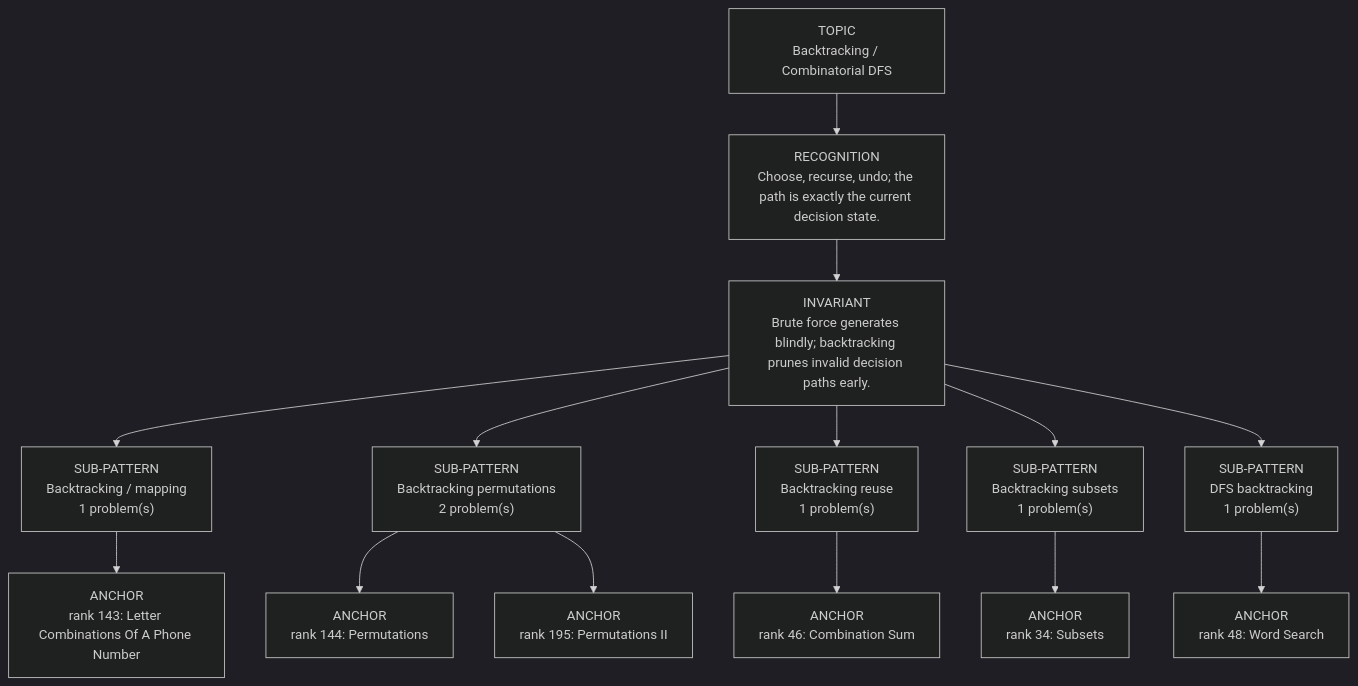
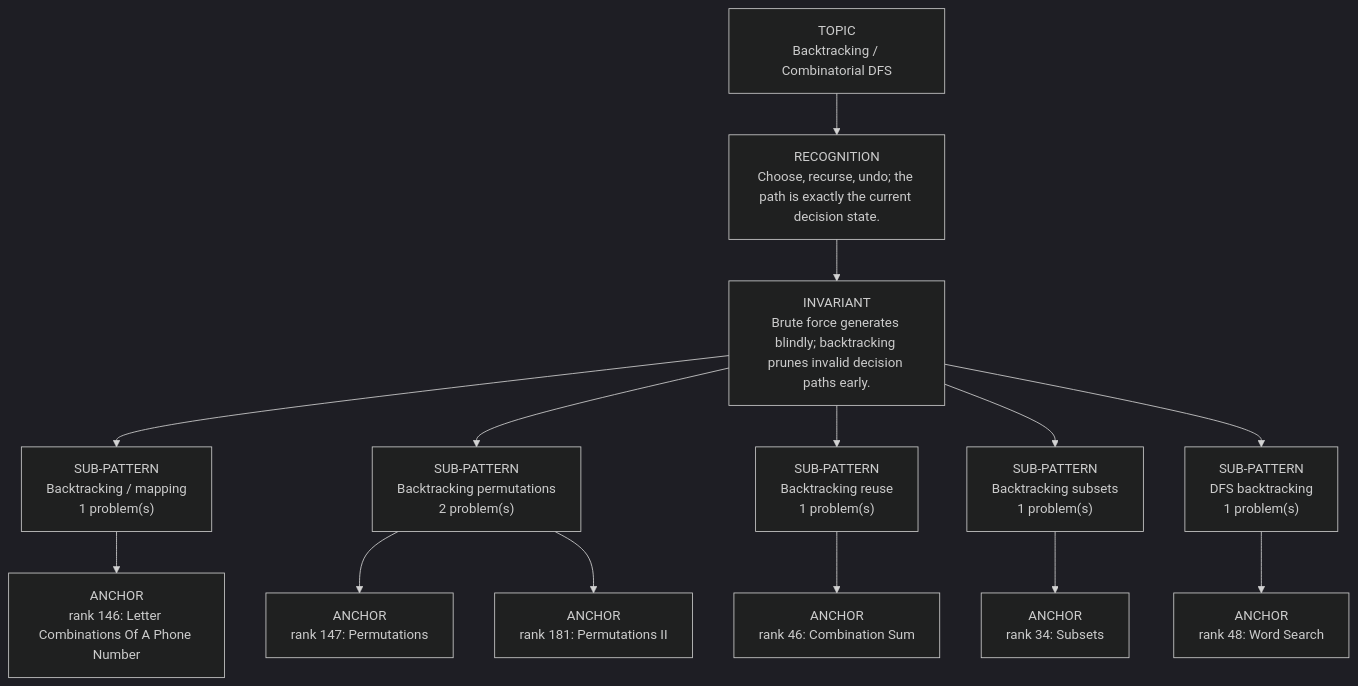
One commit to thechiranjeevjain/DSA10days changed the diagram in dsa-review/interview/patterns/14_backtracking.md. Above: the diagram before and after it, drawn with Mermaid (dark theme). The commit also changed other lines of this file and 51 other files, not shown here.

````diff
--- a/dsa-review/interview/patterns/14_backtracking.md
+++ b/dsa-review/interview/patterns/14_backtracking.md
@@ -15,18 +15,18 @@
 ```mermaid
 flowchart TD
   Topic["TOPIC<br/>Backtracking / Combinatorial DFS"]
   Recognition["RECOGNITION<br/>Choose, recurse, undo; the path is exactly the current decision state."]
   Invariant["INVARIANT<br/>Brute force generates blindly; backtracking prunes invalid decision paths early."]
   Topic --> Recognition --> Invariant
   Invariant --> Sub01["SUB-PATTERN<br/>Backtracking / mapping<br/>1 problem(s)"]
-  Sub01 --> Sub01A01["ANCHOR<br/>rank 143: Letter Combinations Of A Phone Number"]
+  Sub01 --> Sub01A01["ANCHOR<br/>rank 146: Letter Combinations Of A Phone Number"]
   Invariant --> Sub02["SUB-PATTERN<br/>Backtracking permutations<br/>2 problem(s)"]
-  Sub02 --> Sub02A01["ANCHOR<br/>rank 144: Permutations"]
-  Sub02 --> Sub02A02["ANCHOR<br/>rank 195: Permutations II"]
+  Sub02 --> Sub02A01["ANCHOR<br/>rank 147: Permutations"]
+  Sub02 --> Sub02A02["ANCHOR<br/>rank 181: Permutations II"]
   Invariant --> Sub03["SUB-PATTERN<br/>Backtracking reuse<br/>1 problem(s)"]
   Sub03 --> Sub03A01["ANCHOR<br/>rank 46: Combination Sum"]
   Invariant --> Sub04["SUB-PATTERN<br/>Backtracking subsets<br/>1 problem(s)"]
   Sub04 --> Sub04A01["ANCHOR<br/>rank 34: Subsets"]
   Invariant --> Sub05["SUB-PATTERN<br/>DFS backtracking<br/>1 problem(s)"]
   Sub05 --> Sub05A01["ANCHOR<br/>rank 48: Word Search"]
 ```
````
